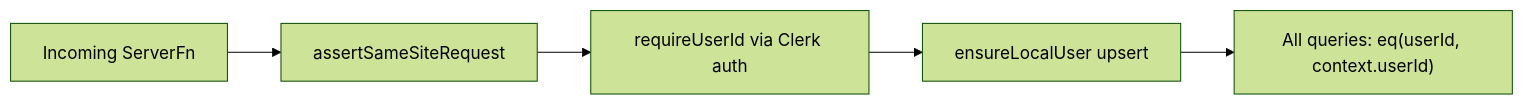
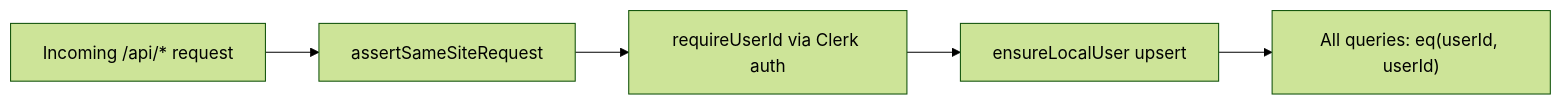
The third of 7 diagrams in docs/ARCHITECTURE.md (SahilFruitwala/kami), drawn with Mermaid (forest theme) before and after one commit. The commit also changed other lines of this file and 81 other files, not shown here.

First line of the commit message:
refactor(api): replace server functions with REST API routes

````diff
--- a/docs/ARCHITECTURE.md
+++ b/docs/ARCHITECTURE.md
@@ -130,7 +136,7 @@
 ```mermaid
 flowchart LR
-  A[Incoming ServerFn] --> B[assertSameSiteRequest]
+  A["Incoming /api/* request"] --> B[assertSameSiteRequest]
   B --> C[requireUserId via Clerk auth]
   C --> D[ensureLocalUser upsert]
-  D --> E["All queries: eq(userId, context.userId)"]
+  D --> E["All queries: eq(userId, userId)"]
 ```
````
